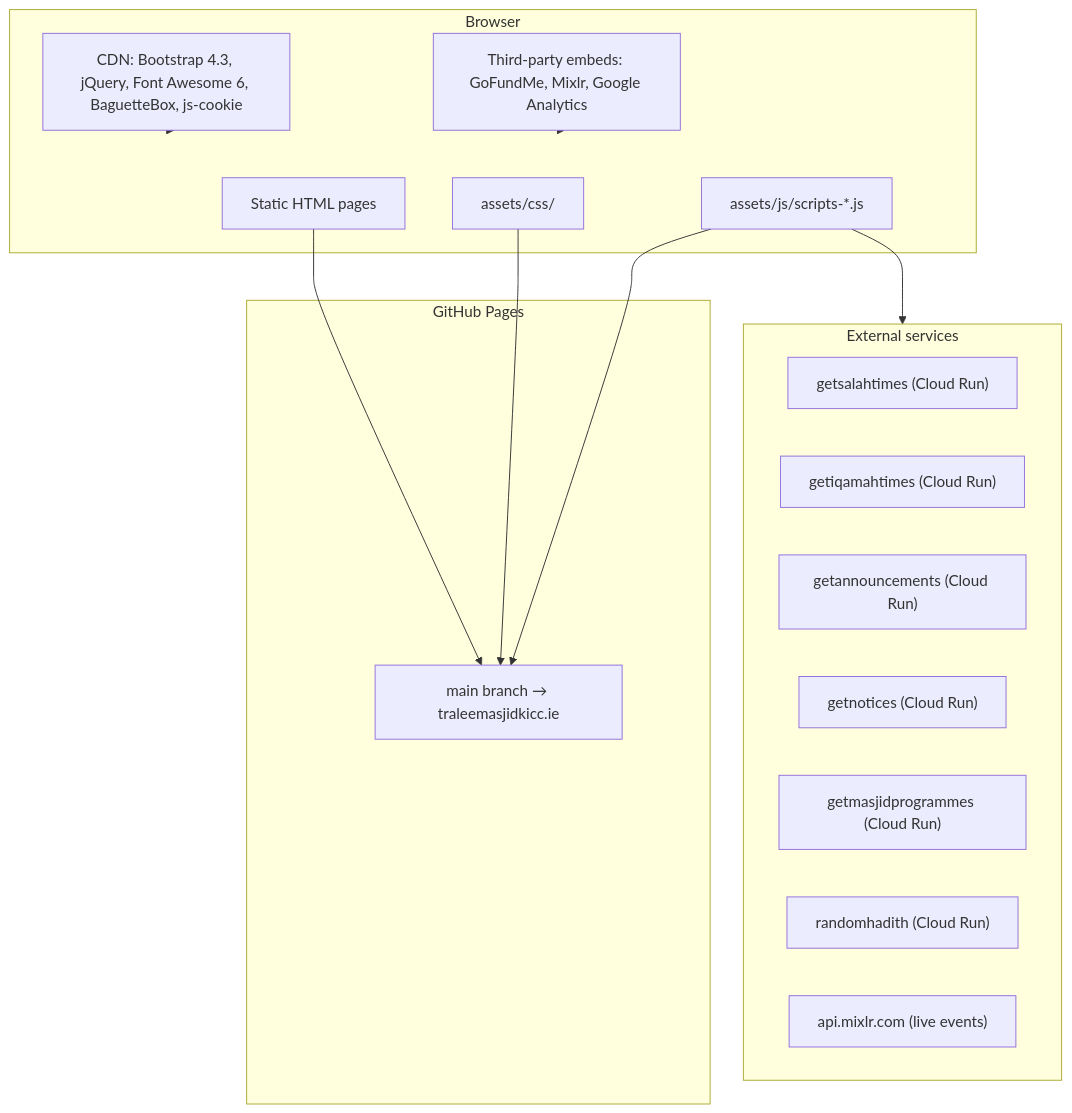
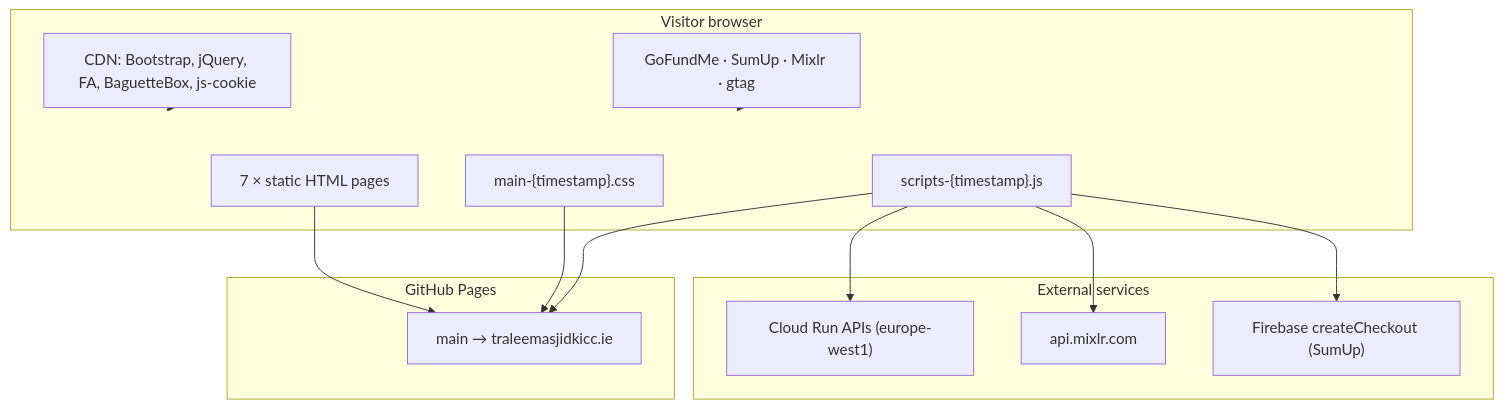
One commit to traleemasjidkicc/traleemasjidkicc.github.io changed the first of 3 diagrams in README.md. Above: the diagram before and after it, drawn with Mermaid. The commit also changed other lines of this file and 7 other files, not shown here.

````diff
--- a/README.md
+++ b/README.md
@@ -13,31 +134,29 @@
 ```mermaid
 flowchart TB
-    subgraph Client["Browser"]
-        HTML["Static HTML pages"]
-        CSS["assets/css/"]
-        JS["assets/js/scripts-*.js"]
-        CDN["CDN: Bootstrap 4.3, jQuery, Font Awesome 6, BaguetteBox, js-cookie"]
-        Embed["Third-party embeds: GoFundMe, Mixlr, Google Analytics"]
+    subgraph Browser["Visitor browser"]
+        HTML["7 × static HTML pages"]
+        CSS["main-{timestamp}.css"]
+        JS["scripts-{timestamp}.js"]
+        CDN["CDN: Bootstrap, jQuery, FA, BaguetteBox, js-cookie"]
+        Embed["GoFundMe · SumUp · Mixlr · gtag"]
     end
 
-    subgraph Hosting["GitHub Pages"]
-        GH["main branch → traleemasjidkicc.ie"]
+    subgraph GitHub["GitHub Pages"]
+        GH["main → traleemasjidkicc.ie"]
     end
 
-    subgraph APIs["External services"]
-        ST["getsalahtimes (Cloud Run)"]
-        IQ["getiqamahtimes (Cloud Run)"]
-        AN["getannouncements (Cloud Run)"]
-        NO["getnotices (Cloud Run)"]
-        PR["getmasjidprogrammes (Cloud Run)"]
-        HA["randomhadith (Cloud Run)"]
-        MX["api.mixlr.com (live events)"]
+    subgraph Backend["External services"]
+        CR["Cloud Run APIs (europe-west1)"]
+        MX["api.mixlr.com"]
+        FB["Firebase createCheckout (SumUp)"]
     end
 
     HTML --> GH
     CSS --> GH
     JS --> GH
-    JS --> APIs
-    CDN --> Client
-    Embed --> Client
+    JS --> CR
+    JS --> MX
+    JS --> FB
+    CDN --> Browser
+    Embed --> Browser
 ```
````
